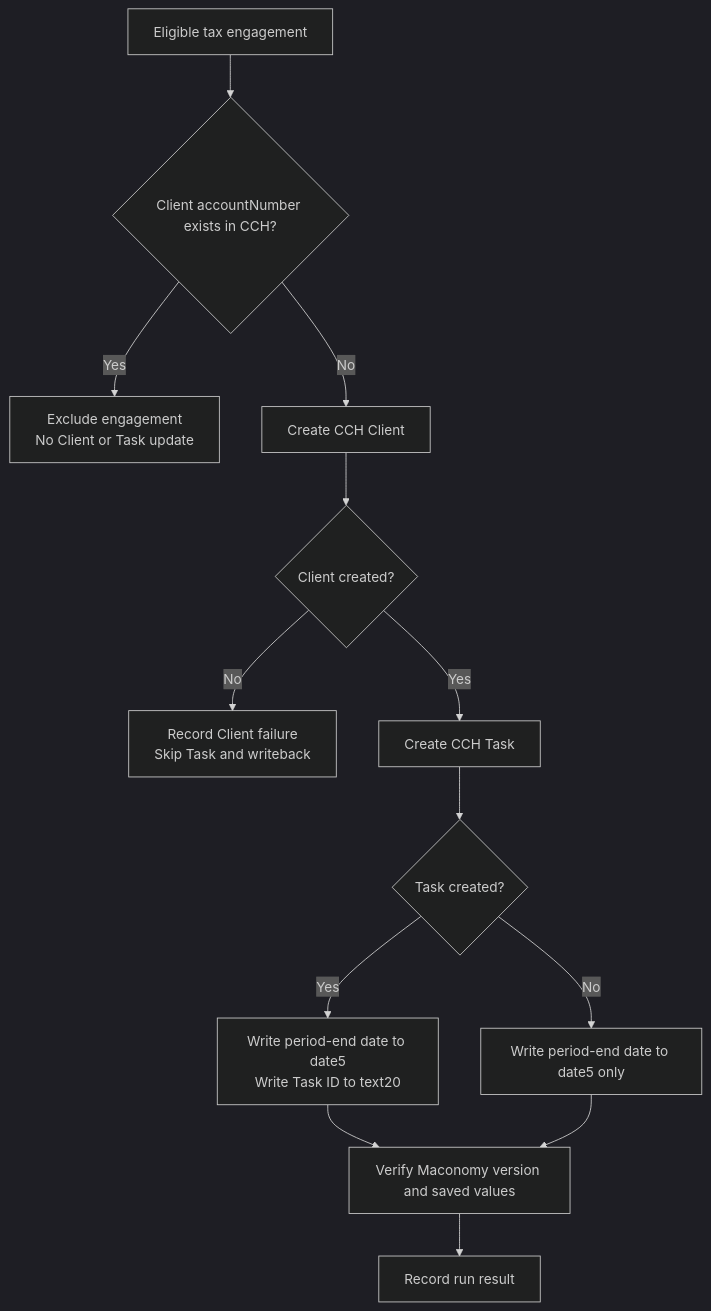
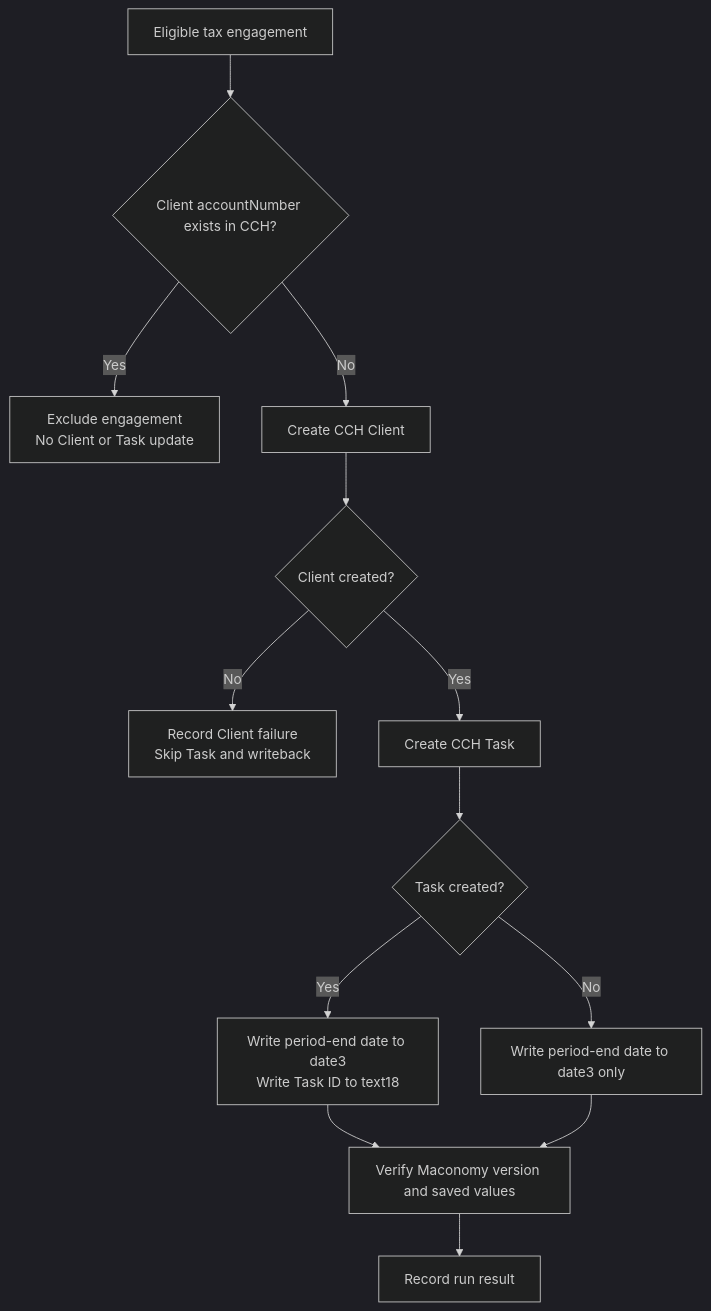
The fourth of 4 diagrams in backend/documentation/XcmCchAxcessIntegration/cch_system_design.md (VskySolutions/THF_Integration-), drawn with Mermaid (dark theme) before and after one commit. The commit also changed other lines of this file and 7 other files, not shown here.

Commit message:
feat: update Maconomy integration to use date3 and text18 fields for writeback

````diff
--- a/backend/documentation/XcmCchAxcessIntegration/cch_system_design.md
+++ b/backend/documentation/XcmCchAxcessIntegration/cch_system_design.md
@@ -180,15 +180,15 @@
 ```mermaid
 flowchart TD
     A["Eligible tax engagement"] --> B{"Client accountNumber exists in CCH?"}
     B -- "Yes" --> C["Exclude engagement<br/>No Client or Task update"]
     B -- "No" --> D["Create CCH Client"]
     D --> E{"Client created?"}
     E -- "No" --> F["Record Client failure<br/>Skip Task and writeback"]
     E -- "Yes" --> G["Create CCH Task"]
     G --> H{"Task created?"}
-    H -- "Yes" --> I["Write period-end date to date5<br/>Write Task ID to text20"]
-    H -- "No" --> J["Write period-end date to date5 only"]
+    H -- "Yes" --> I["Write period-end date to date3<br/>Write Task ID to text18"]
+    H -- "No" --> J["Write period-end date to date3 only"]
     I --> K["Verify Maconomy version and saved values"]
     J --> K
     K --> L["Record run result"]
 ```
````
